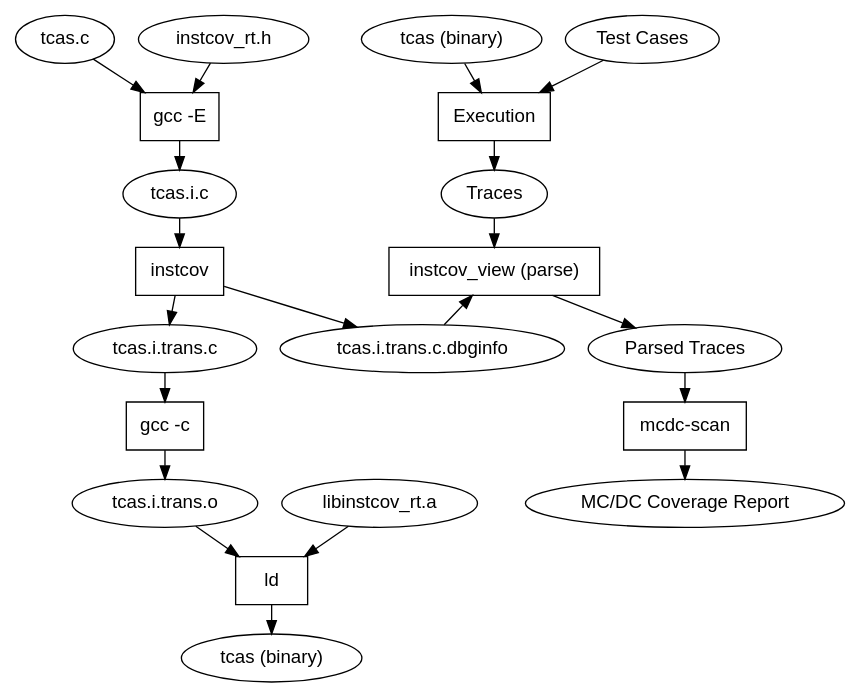
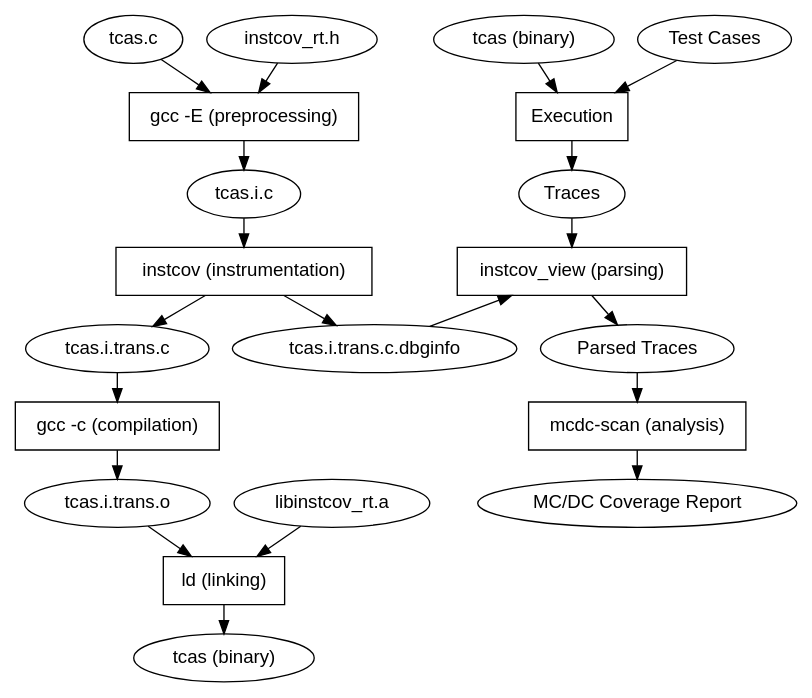
Before and after one commit to lvshuiyiqing/instcov-1: the diagram in doc/Workflow.gv, drawn with Graphviz.

```diff
--- a/doc/Workflow.gv
+++ b/doc/Workflow.gv
@@ -1,34 +1,34 @@
 digraph G {
 	ranksep=0.3;
 	node [ fontname=Helvetica ];
 	src [ label="tcas.c" ];
 	prep [ label="tcas.i.c" ];
 	trans [ label="tcas.i.trans.c" ];
 	obj [ label="tcas.i.trans.o" ];
 	dbginfo [ label="tcas.i.trans.c.dbginfo" ];
 	rt_h [ label="instcov_rt.h" ];
 	rt_l [ label="libinstcov_rt.a" ];
 	bin [ label="tcas (binary)" ];
 	bin1 [ label="tcas (binary)" ];
 	tests [ label="Test Cases" ];
 	raw_traces [ label="Traces" ];
 	parsed_traces [ label="Parsed Traces" ];
 	mcdc_report [ label="MC/DC Coverage Report" ];
 	node [ shape=box ];
-	p_prep [ label="gcc -E" ];
-	p_instcov [ label="instcov" ];
-	p_compile [ label="gcc -c" ];
-	p_link [ label="ld" ];
+	p_prep [ label="gcc -E (preprocessing)" ];
+	p_instcov [ label="instcov (instrumentation)" ];
+	p_compile [ label="gcc -c (compilation)" ];
+	p_link [ label="ld (linking)" ];
 	p_exec [ label="Execution" ];
-	p_parse [ label="instcov_view (parse)" ];
-	p_analysis [ label="mcdc-scan" ];
+	p_parse [ label="instcov_view (parsing)" ];
+	p_analysis [ label="mcdc-scan (analysis)" ];
 
 	{rt_h, src} -> p_prep -> prep;
 	prep -> p_instcov -> {trans, dbginfo};
 	trans -> p_compile -> obj;
 	{rt_l, obj} -> p_link -> bin;
 	{tests, bin1} -> p_exec -> raw_traces;
 	{raw_traces, dbginfo} -> p_parse -> parsed_traces;
 	parsed_traces -> p_analysis -> mcdc_report;
 	{ rank=same; p_instcov; p_parse; }
 }
```
